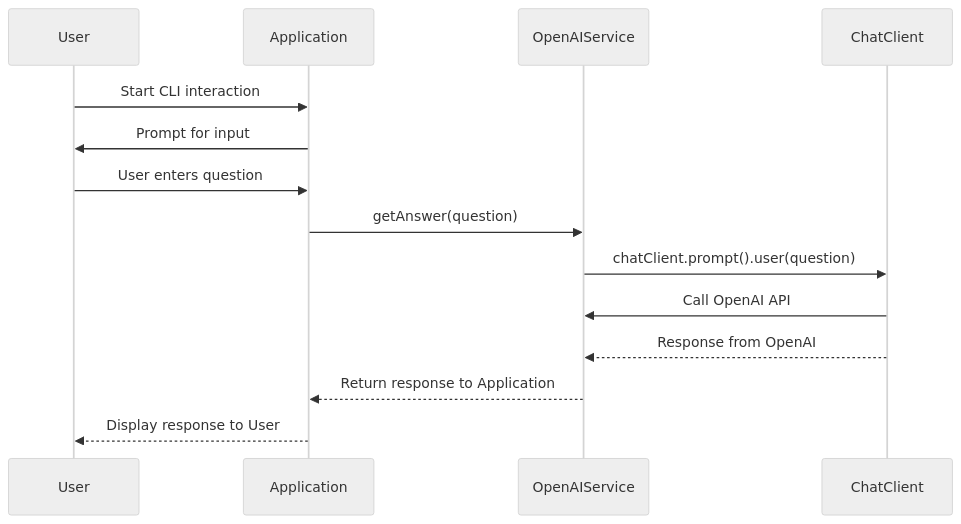
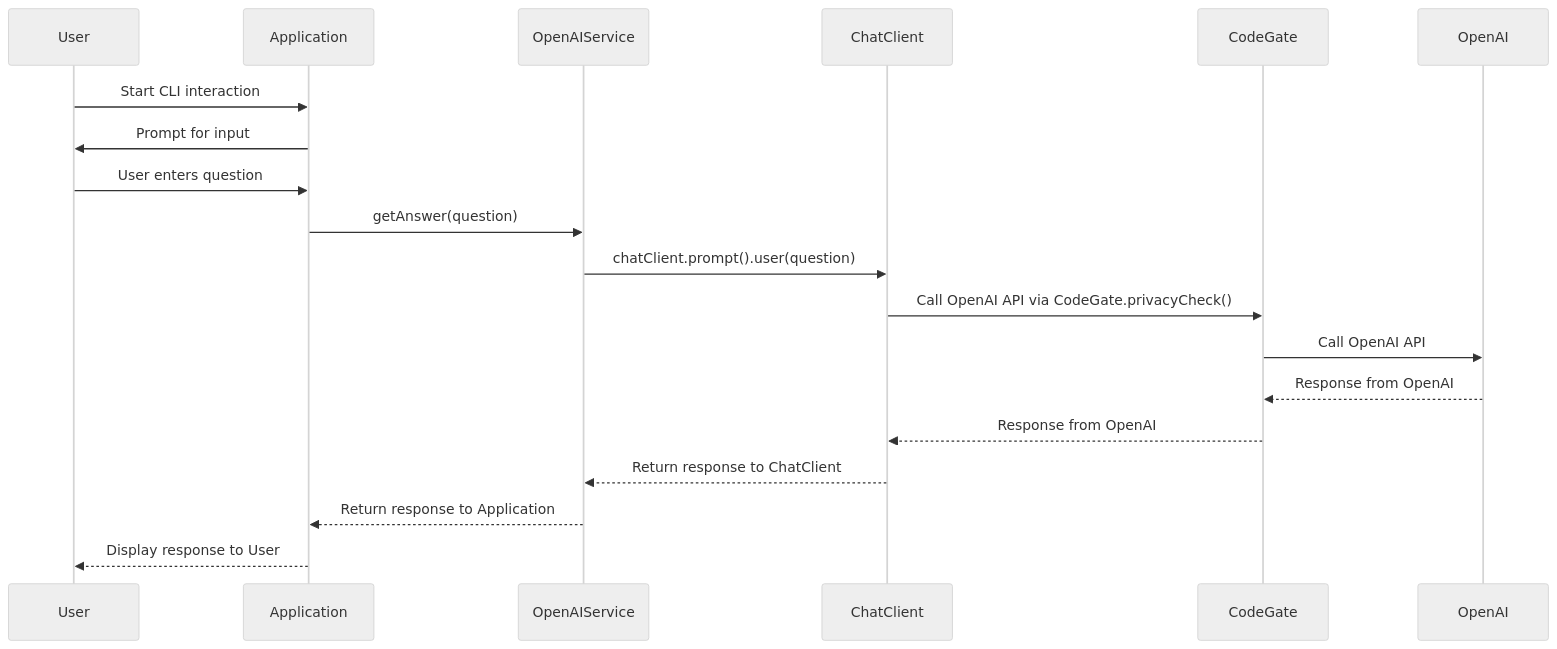
Before and after one commit to StacklokLabs/spring-ai-codegate-sample: the diagram in README.md, drawn with Mermaid (neutral theme). The commit also changed other lines of this file, not shown here.

Commit message:
Update README.md
Updated sequence diagram

````diff
--- a/README.md
+++ b/README.md
@@ -13,17 +13,22 @@
 ```mermaid
 sequenceDiagram
     participant U as User
     participant A as Application
     participant O as OpenAIService
     participant C as ChatClient
+    participant G as CodeGate
+    participant AI as OpenAI
 
     U->>A: Start CLI interaction
     A->>U: Prompt for input
     U->>A: User enters question
     A->>O: getAnswer(question)
     O->>C: chatClient.prompt().user(question)
-    C->>O: Call OpenAI API
-    C-->>O: Response from OpenAI
+    C->>G: Call OpenAI API via CodeGate.privacyCheck()
+    G->>AI: Call OpenAI API
+    AI-->>G: Response from OpenAI
+    G-->>C: Response from OpenAI
+    C-->>O: Return response to ChatClient
     O-->>A: Return response to Application
     A-->>U: Display response to User
 ```
````
